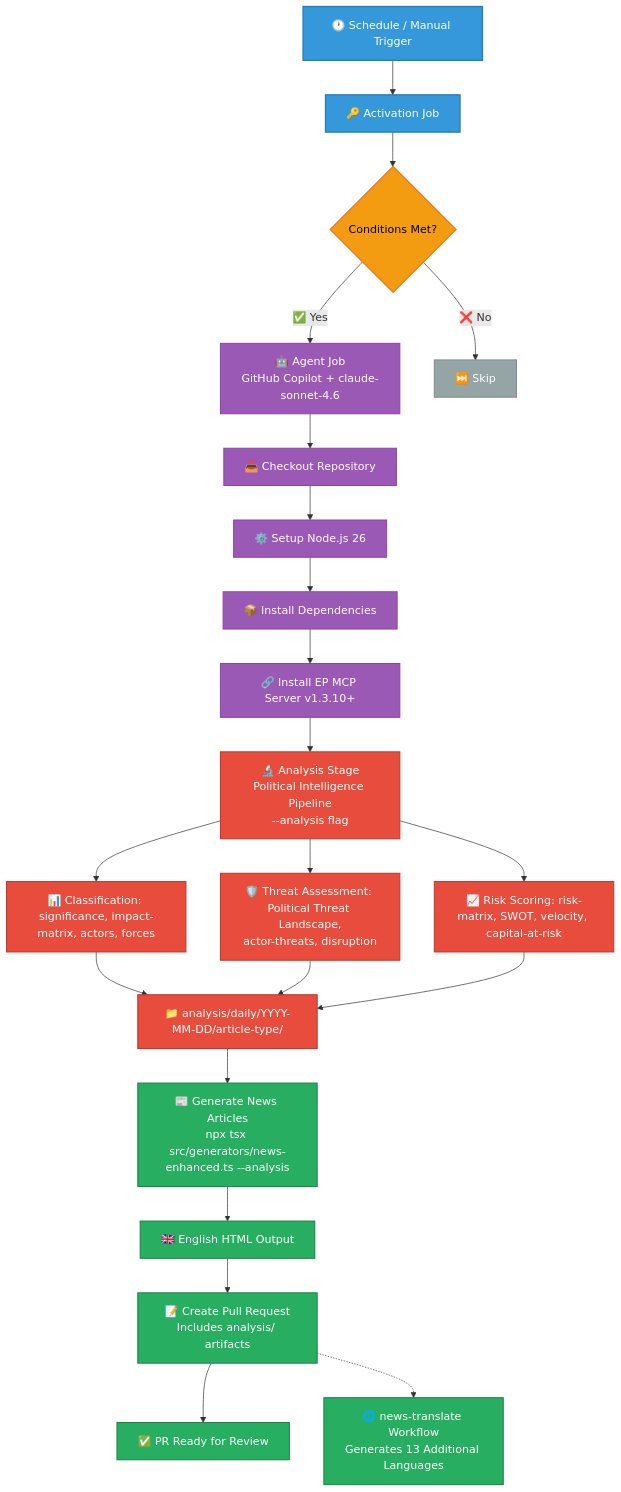
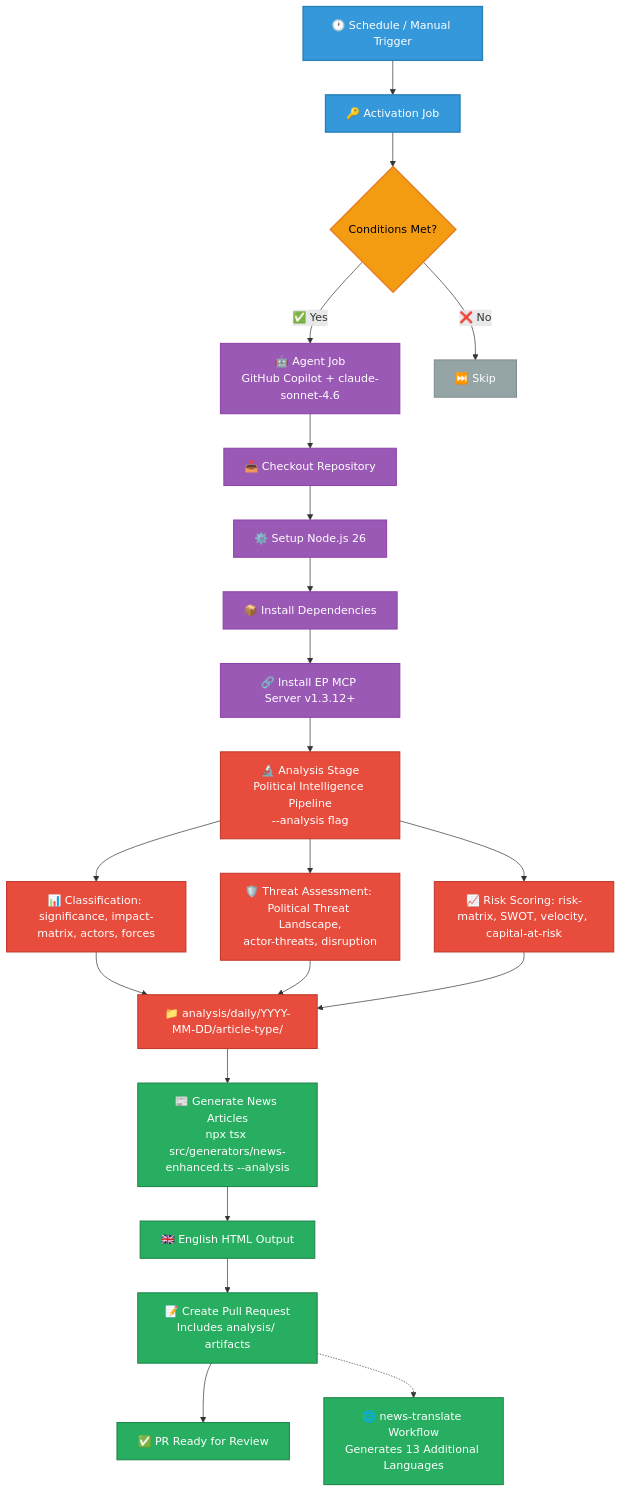
One commit to Hack23/euparliamentmonitor changed the third of 22 diagrams in WORKFLOWS.md. Above: the diagram before and after it, drawn with Mermaid. The commit also changed other lines of this file and 55 other files, not shown here.

Commit message:
chore: bump european-parliament-mcp-server references 1.3.10 → 1.3.12

````diff
--- a/WORKFLOWS.md
+++ b/WORKFLOWS.md
@@ -276,37 +276,37 @@
 ```mermaid
 graph TD
     A[🕐 Schedule / Manual Trigger] --> B[🔑 Activation Job]
     B --> C{Conditions Met?}
     C -->|✅ Yes| D[🤖 Agent Job<br/>GitHub Copilot + claude-sonnet-4.6]
     C -->|❌ No| E[⏭️ Skip]
     D --> F[📥 Checkout Repository]
     F --> G[⚙️ Setup Node.js 26]
     G --> H[📦 Install Dependencies]
-    H --> I[🔗 Install EP MCP Server v1.3.10+]
+    H --> I[🔗 Install EP MCP Server v1.3.12+]
     I --> J1[🔬 Analysis Stage<br/>Political Intelligence Pipeline<br/>--analysis flag]
     J1 --> J1a[📊 Classification: significance, impact-matrix, actors, forces]
     J1 --> J1b[🛡️ Threat Assessment: Political Threat Landscape,<br/>actor-threats, disruption]
     J1 --> J1c[📈 Risk Scoring: risk-matrix, SWOT, velocity, capital-at-risk]
     J1a --> J1d["📁 analysis/daily/YYYY-MM-DD/article-type/"]
     J1b --> J1d
     J1c --> J1d
     J1d --> J[📰 Generate News Articles<br/>npx tsx src/generators/news-enhanced.ts --analysis]
     J --> K[🇬🇧 English HTML Output]
     K --> L[📝 Create Pull Request<br/>Includes analysis/ artifacts]
     L --> M[✅ PR Ready for Review]
     L -.-> N[🌐 news-translate Workflow<br/>Generates 13 Additional Languages]
 
     classDef trigger fill:#3498db,stroke:#2980b9,stroke-width:2px,color:white
     classDef process fill:#9b59b6,stroke:#8e44ad,stroke-width:1.5px,color:white
     classDef decision fill:#f39c12,stroke:#e67e22,stroke-width:2px,color:black
     classDef skip fill:#95a5a6,stroke:#7f8c8d,stroke-width:1.5px,color:white
     classDef analysis fill:#e74c3c,stroke:#c0392b,stroke-width:1.5px,color:white
     classDef output fill:#27ae60,stroke:#1e8449,stroke-width:1.5px,color:white
 
     class A,B trigger
     class D,F,G,H,I process
     class C decision
     class E skip
     class J1,J1a,J1b,J1c,J1d analysis
     class J,K,L,M,N output
 ```
````
